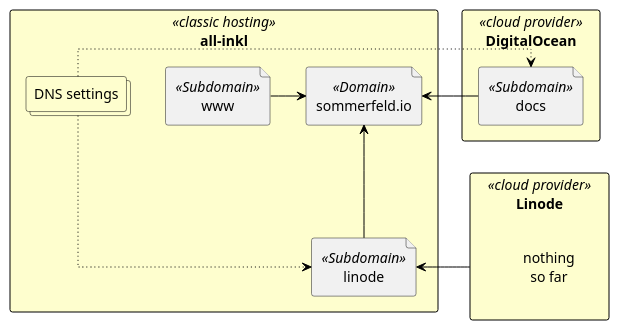
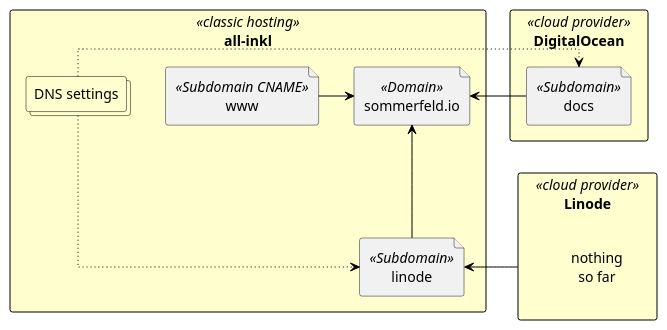
Before and after one commit to sebastian-sommerfeld-io/infrastructure: the diagram in docs/modules/ROOT/pages/cloud/index.adoc, drawn with PlantUML. The commit also changed other lines of this file, not shown here.

Commit message:
refactor: minor CNAME update

```diff
--- a/docs/modules/ROOT/pages/cloud/index.adoc
+++ b/docs/modules/ROOT/pages/cloud/index.adoc
@@ -27,49 +27,49 @@
 [plantuml, rendered-plantuml-image, svg]
 ----
 @startuml
 
 skinparam linetype ortho
 skinparam monochrome false
 skinparam componentStyle uml2
 skinparam backgroundColor transparent
 skinparam ArrowColor black
 skinparam FrameBackgroundColor #fff
 skinparam CollectionsBackgroundColor #fefece
 skinparam CollectionsBorderColor black
 skinparam ComponentBorderColor black
 skinparam ComponentBackgroundColor #fefece
 skinparam RectangleBorderColor black
 skinparam RectangleBackgroundColor #fefece
 skinparam QueueBorderColor black
 skinparam NoteBorderColor Grey
 skinparam NoteBackgroundColor #fdfdfd
 skinparam defaultTextAlignment center
 skinparam activity {
   FontName Ubuntu
 }
 
 rectangle allinkl as "all-inkl" <<classic hosting>> {
-    file www <<Subdomain>>
+    file www <<Subdomain CNAME>>
     file linode <<Subdomain>>
     file sio as "sommerfeld.io" <<Domain>>
     collections dns as "DNS settings"
 }
 
 rectangle DigitalOcean <<cloud provider>> {
     file docs <<Subdomain>>
 }
 
 rectangle Linode <<cloud provider>> {
     label nothing as "nothing\nso far"
 }
 
 www -right-> sio
 linode -up-> sio
 docs -right-> sio
 dns ~down~> linode
 dns ~right~> docs
 
 Linode -left-> linode
 
 @enduml
 ----
```
